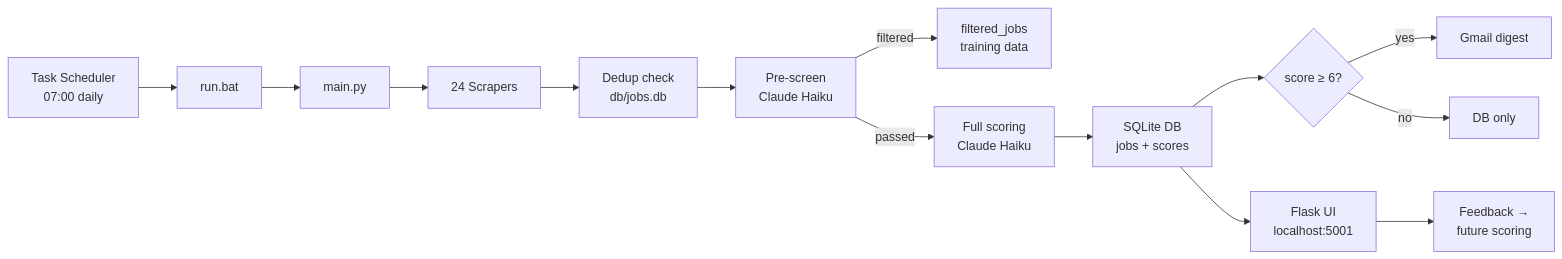
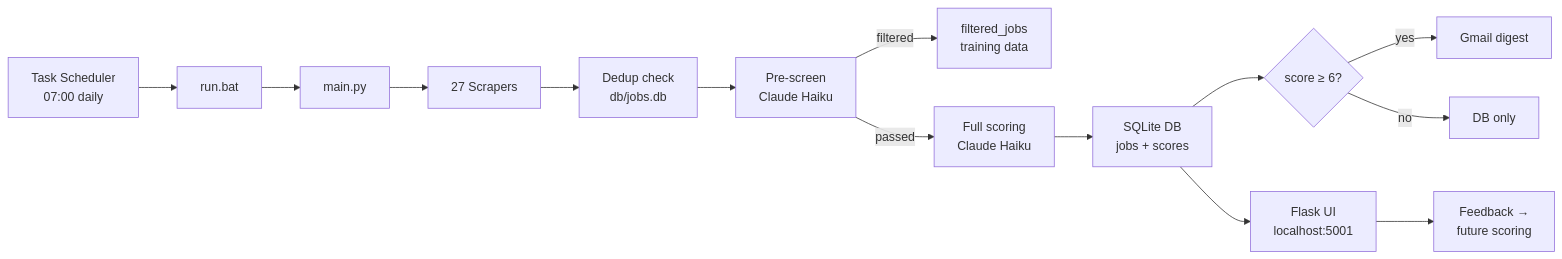
Before and after one commit to timovanommeren/job_scraper: the diagram in README.md, drawn with Mermaid. The commit also changed other lines of this file, not shown here.

````diff
--- a/README.md
+++ b/README.md
@@ -11,16 +11,16 @@
 ```mermaid
 graph LR
     A[Task Scheduler<br/>07:00 daily] --> B[run.bat]
     B --> C[main.py]
-    C --> D[24 Scrapers]
+    C --> D[27 Scrapers]
     D --> E[Dedup check<br/>db/jobs.db]
     E --> F[Pre-screen<br/>Claude Haiku]
     F -- filtered --> M[filtered_jobs<br/>training data]
     F -- passed --> G2[Full scoring<br/>Claude Haiku]
     G2 --> G[SQLite DB<br/>jobs + scores]
     G --> H{score ≥ 6?}
     H -- yes --> I[Gmail digest]
     H -- no --> J[DB only]
     G --> K[Flask UI<br/>localhost:5001]
     K --> L[Feedback →<br/>future scoring]
 ```
````
